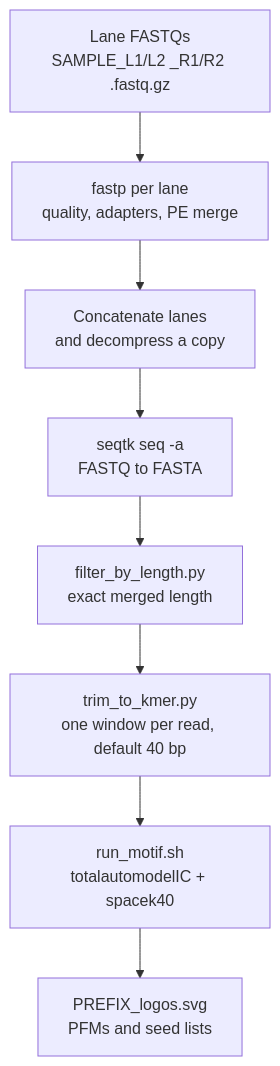
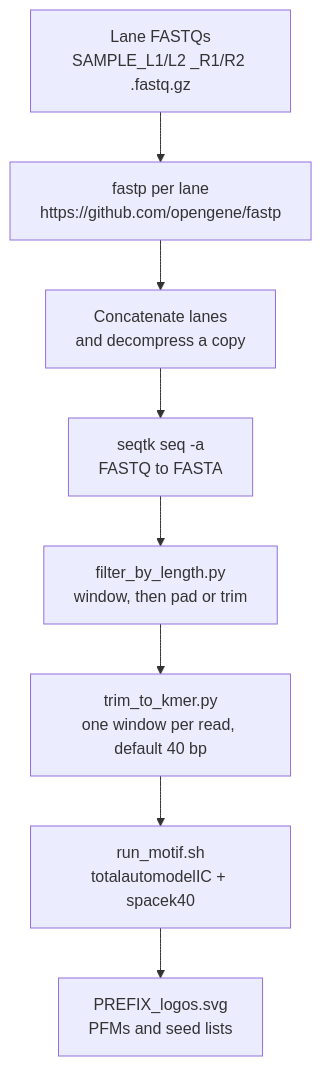
One commit to double2strand/SELEXpipe changed the diagram in README.md. Above: the diagram before and after it, drawn with Mermaid. The commit also changed other lines of this file and 6 other files, not shown here.

First line of the commit message:
Replace the length filter with the windowed pad-or-trim script

````diff
--- a/README.md
+++ b/README.md
@@ -16,13 +16,13 @@
 ```mermaid
 flowchart TD
   raw["Lane FASTQs<br/>SAMPLE_L1/L2 _R1/R2 .fastq.gz"]
-  fastp["fastp per lane<br/>quality, adapters, PE merge"]
+  fastp["fastp per lane<br/>https://github.com/opengene/fastp"]
   cat["Concatenate lanes<br/>and decompress a copy"]
   fasta["seqtk seq -a<br/>FASTQ to FASTA"]
-  filt["filter_by_length.py<br/>exact merged length"]
+  filt["filter_by_length.py<br/>window, then pad or trim"]
   kmer["trim_to_kmer.py<br/>one window per read, default 40 bp"]
   motif["run_motif.sh<br/>totalautomodelIC + spacek40"]
   logos["PREFIX_logos.svg<br/>PFMs and seed lists"]
 
   raw --> fastp --> cat --> fasta --> filt --> kmer --> motif --> logos
 ```
````
